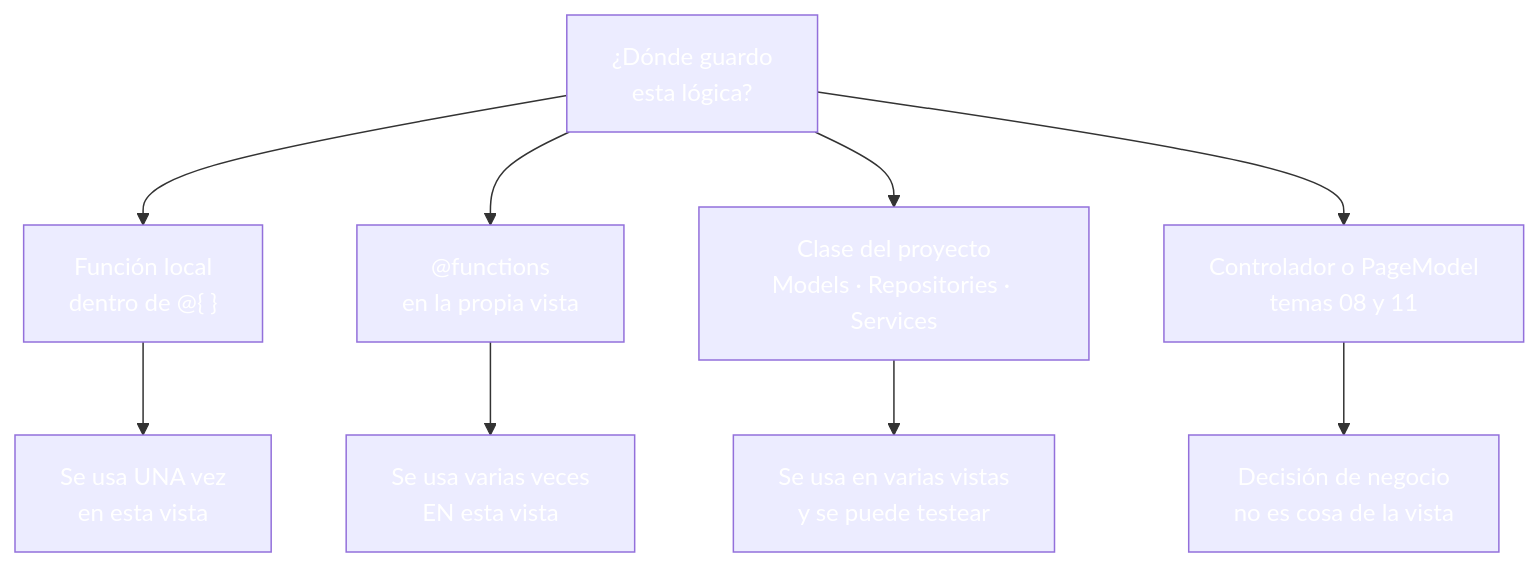
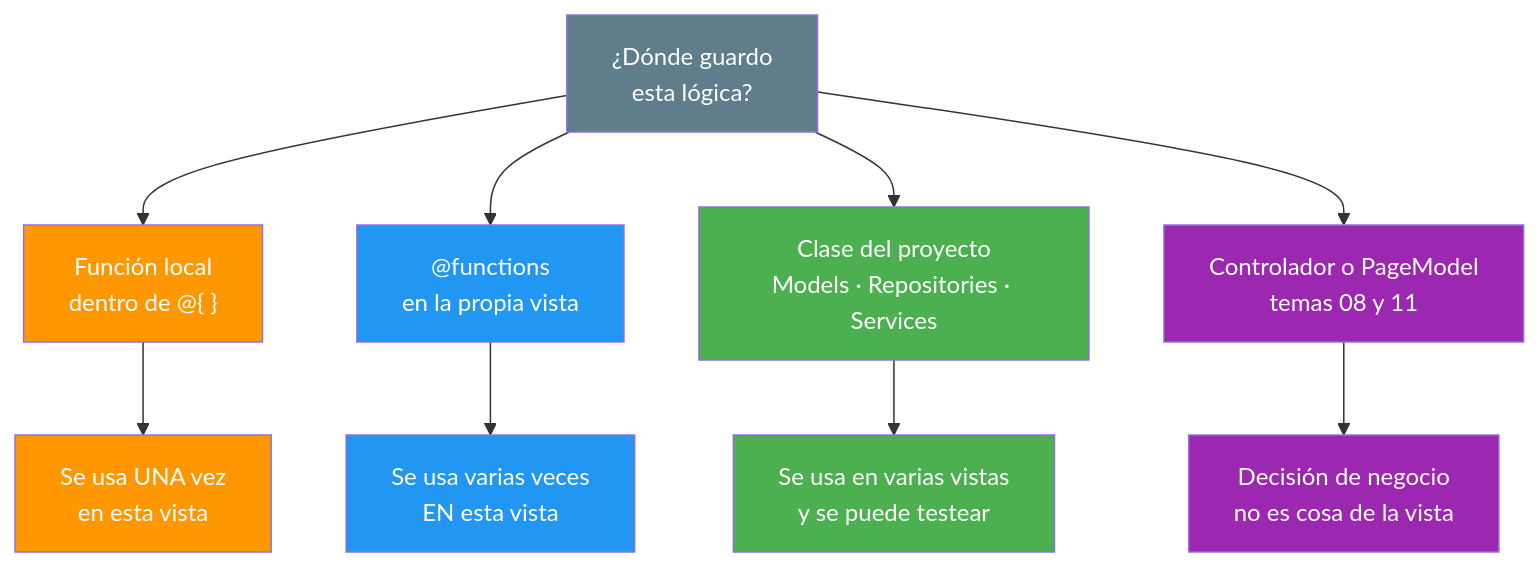
One commit to joseluisgs/DesarrolloWebEntornosServidor-03-2026-2027 changed the first of 4 diagrams in 04-funciones-metodos.md. Above: the diagram before and after it, drawn with Mermaid. The commit also changed other lines of this file and 25 other files, not shown here.

Commit message:
docs: corregir los estilos Mermaid de los temas y alinear el dominio del tema 25 con ProductosApp

````diff
--- a/04-funciones-metodos.md
+++ b/04-funciones-metodos.md
@@ -107,22 +107,22 @@
 ```mermaid
 graph TD
     A["¿Dónde guardo<br/>esta lógica?"] --> B["Función local<br/>dentro de @{ }"]
     A --> C["@functions<br/>en la propia vista"]
     A --> D["Clase del proyecto<br/>Models · Repositories · Services"]
     A --> E["Controlador o PageModel<br/>temas 08 y 11"]
 
     B --> B1["Se usa UNA vez<br/>en esta vista"]
     C --> C1["Se usa varias veces<br/>EN esta vista"]
     D --> D1["Se usa en varias vistas<br/>y se puede testear"]
     E --> E1["Decisión de negocio<br/>no es cosa de la vista"]
 
-    style A fill:#607D8,color:#fffB,color:#fff
-    style B fill:#FF980,color:#fff0,color:#fff
-    style C fill:#2196F,color:#fff3,color:#fff
-    style D fill:#4CAF5,color:#fff0,color:#fff
-    style E fill:#9C27B,color:#fff0,color:#fff
-    style B1 fill:#FF980,color:#fff0,color:#fff
-    style C1 fill:#2196F,color:#fff3,color:#fff
-    style D1 fill:#4CAF5,color:#fff0,color:#fff
-    style E1 fill:#9C27B,color:#fff0,color:#fff
+    style A fill:#607D8B,color:#fff
+    style B fill:#FF9800,color:#fff
+    style C fill:#2196F3,color:#fff
+    style D fill:#4CAF50,color:#fff
+    style E fill:#9C27B0,color:#fff
+    style B1 fill:#FF9800,color:#fff
+    style C1 fill:#2196F3,color:#fff
+    style D1 fill:#4CAF50,color:#fff
+    style E1 fill:#9C27B0,color:#fff
 ```
````
